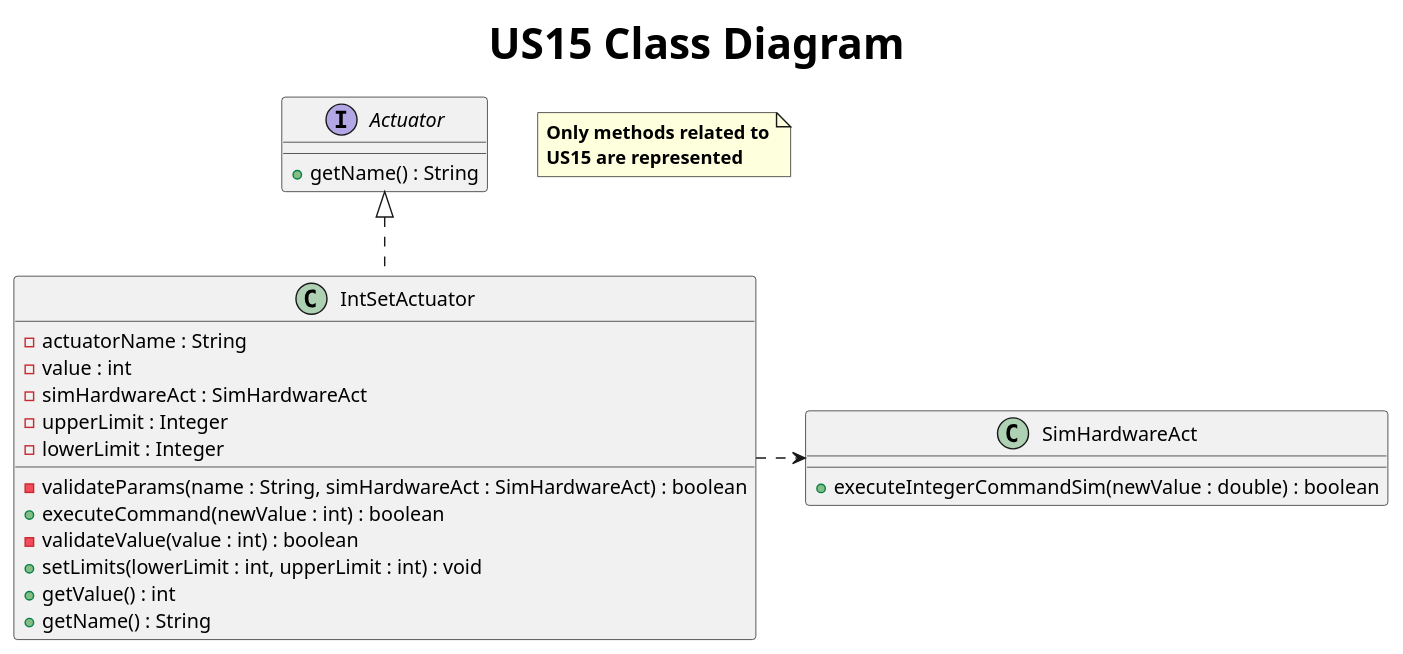
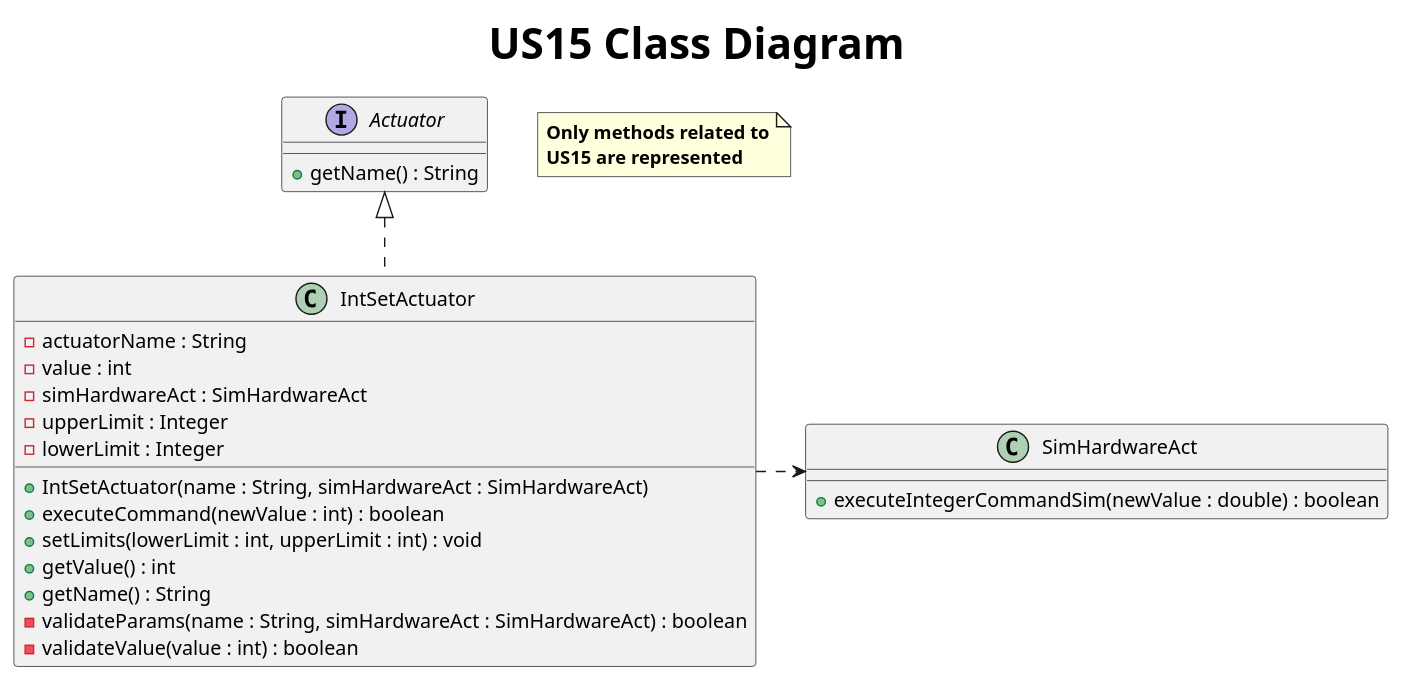
The diagram in Docs/US15/S3US15ClassDiagram.puml (AfonsoNeves77/smartHouse), drawn with PlantUML before and after one commit. The commit also changed 3 other files, not shown here.

Commit message:
Team review: added actuator constructor methods and its parameters to actuactor class diagrams.

```diff
--- a/Docs/US15/S3US15ClassDiagram.puml
+++ b/Docs/US15/S3US15ClassDiagram.puml
@@ -1,31 +1,32 @@
 @startuml
 title <size: 30> US15 Class Diagram
 
 note "<b>Only methods related to\n<b>US15 are represented" as 1
 interface Actuator {
     + getName() : String
 }
 
 class SimHardwareAct {
      + executeIntegerCommandSim(newValue : double) : boolean
 }
 
 class IntSetActuator {
     - actuatorName : String
     - value : int
     - simHardwareAct : SimHardwareAct
     - upperLimit : Integer
     - lowerLimit : Integer
 
-    - validateParams(name : String, simHardwareAct : SimHardwareAct) : boolean
+    + IntSetActuator(name : String, simHardwareAct : SimHardwareAct)
     + executeCommand(newValue : int) : boolean
-    - validateValue(value : int) : boolean
     + setLimits(lowerLimit : int, upperLimit : int) : void
     + getValue() : int
     + getName() : String
+    - validateParams(name : String, simHardwareAct : SimHardwareAct) : boolean
+    - validateValue(value : int) : boolean
 }
 
 Actuator <|.. IntSetActuator
 IntSetActuator .right.> SimHardwareAct
 
 @enduml
```
